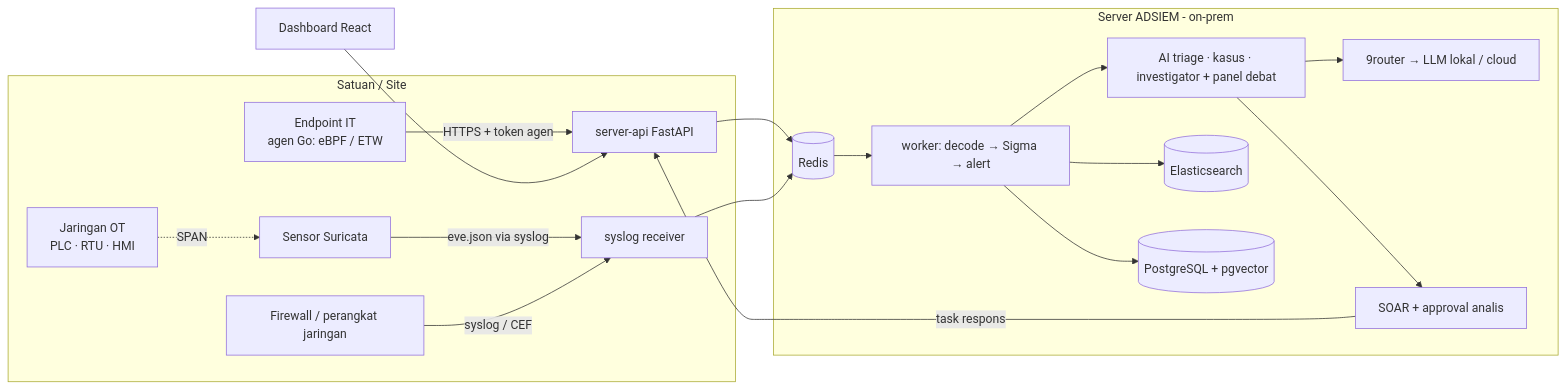
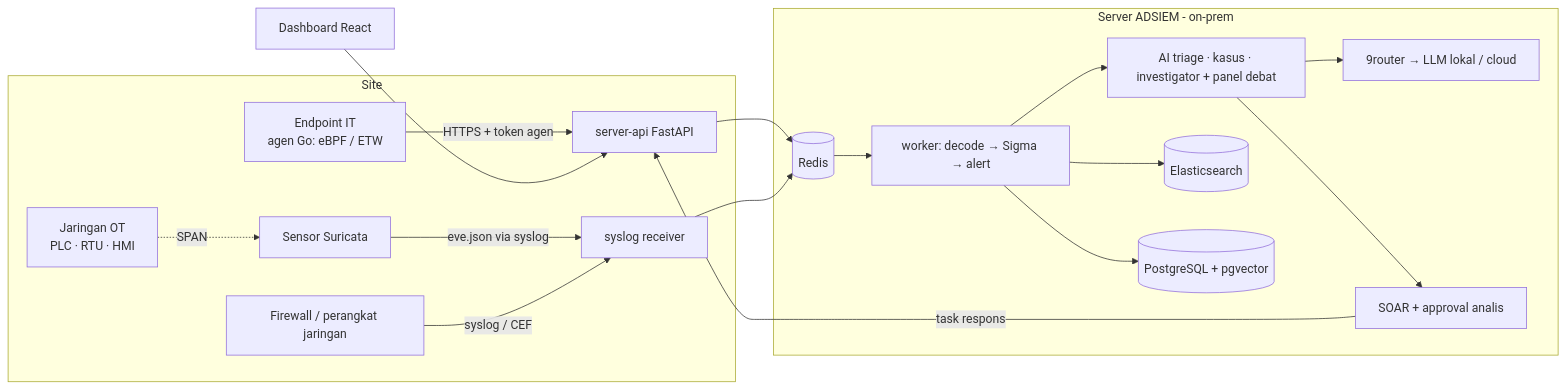
The diagram in README.id.md (adriyansyah-mf/ADSIEM), drawn with Mermaid before and after one commit. The commit also changed other lines of this file and 1 other file, not shown here.

````diff
--- a/README.id.md
+++ b/README.id.md
@@ -101,21 +105,21 @@
 ```mermaid
 flowchart LR
-  subgraph Site[Satuan / Site]
+  subgraph Site[Site]
     EP[Endpoint IT<br/>agen Go: eBPF / ETW] -->|HTTPS + token agen| API
     OT[Jaringan OT<br/>PLC · RTU · HMI] -. SPAN .-> SUR[Sensor Suricata]
     SUR -->|eve.json via syslog| SYS
     NET[Firewall / perangkat jaringan] -->|syslog / CEF| SYS
   end
   subgraph Server[Server ADSIEM - on-prem]
     API[server-api FastAPI] --> R[(Redis)]
     SYS[syslog receiver] --> R
     R --> W[worker: decode → Sigma → alert]
     W --> AI[AI triage · kasus · investigator + panel debat]
     AI --> LLM[9router → LLM lokal / cloud]
     W --> ES[(Elasticsearch)]
     W --> PG[(PostgreSQL + pgvector)]
     AI --> SOAR[SOAR + approval analis]
     SOAR -->|task respons| API
   end
   UI[Dashboard React] --> API
 ```
````
